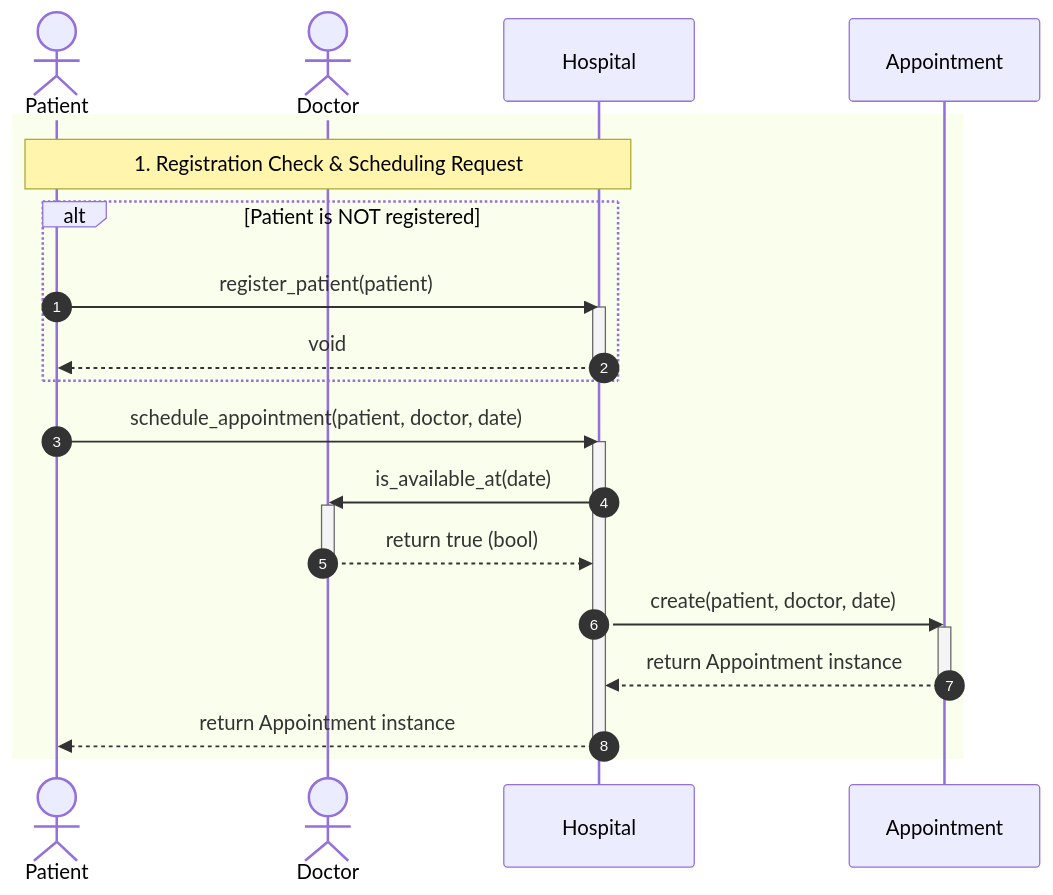
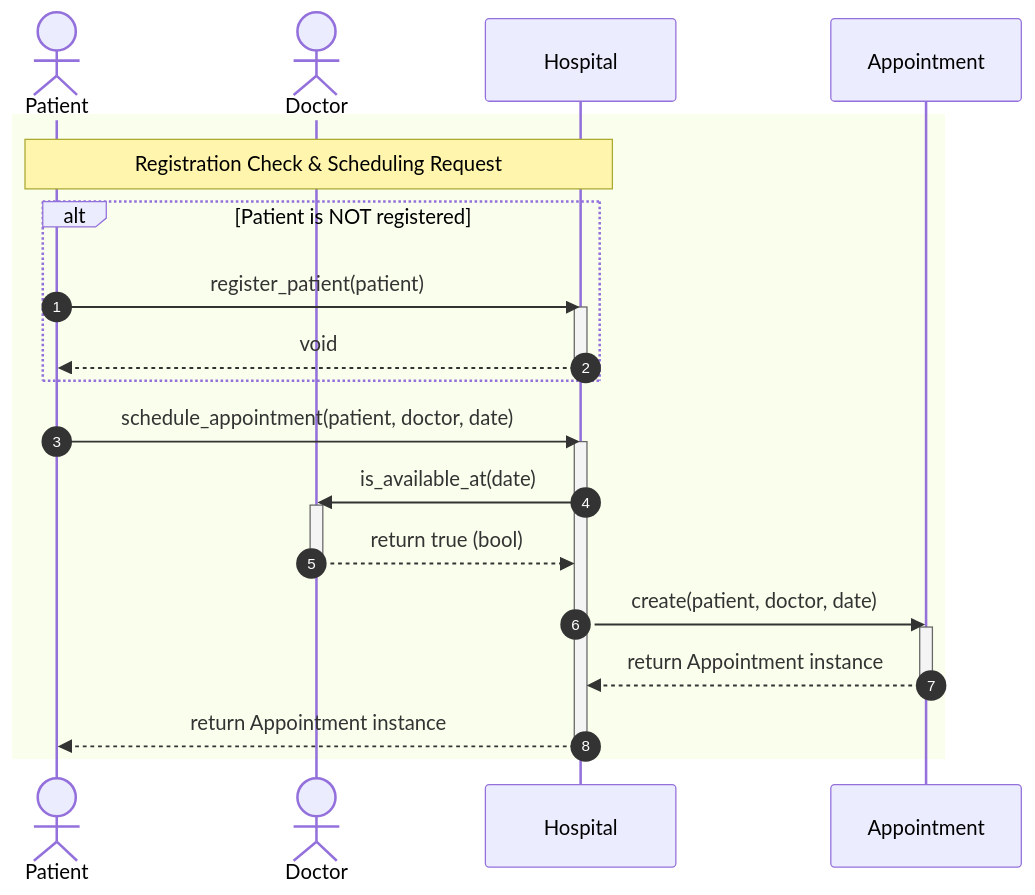
Before and after one commit to akanazi0/UML-design-lab: the diagram in Booking_Sequence_diagram.mmd, drawn with Mermaid.

Commit message:
Refine note formatting in Booking sequence diagram

```diff
--- a/Booking_Sequence_diagram.mmd
+++ b/Booking_Sequence_diagram.mmd
@@ -1,32 +1,32 @@
 sequenceDiagram
     autonumber
     actor P as Patient
     actor D as Doctor
     participant H as Hospital
     participant A as Appointment
 
     rect
-        note over P, H: 1. Registration Check & Scheduling Request
+        note over P, H: Registration Check & Scheduling Request
         alt Patient is NOT registered
             P->>H: register_patient(patient)
             activate H
             H-->>P: void
             deactivate H
         end
 
         P->>H: schedule_appointment(patient, doctor, date)
         activate H
 
         H->>D: is_available_at(date)
         activate D
         D-->>H: return true (bool)
         deactivate D
 
         H->>A: create(patient, doctor, date)
         activate A
         A-->>H: return Appointment instance
         deactivate A
 
         H-->>P: return Appointment instance
         deactivate H
     end
```
